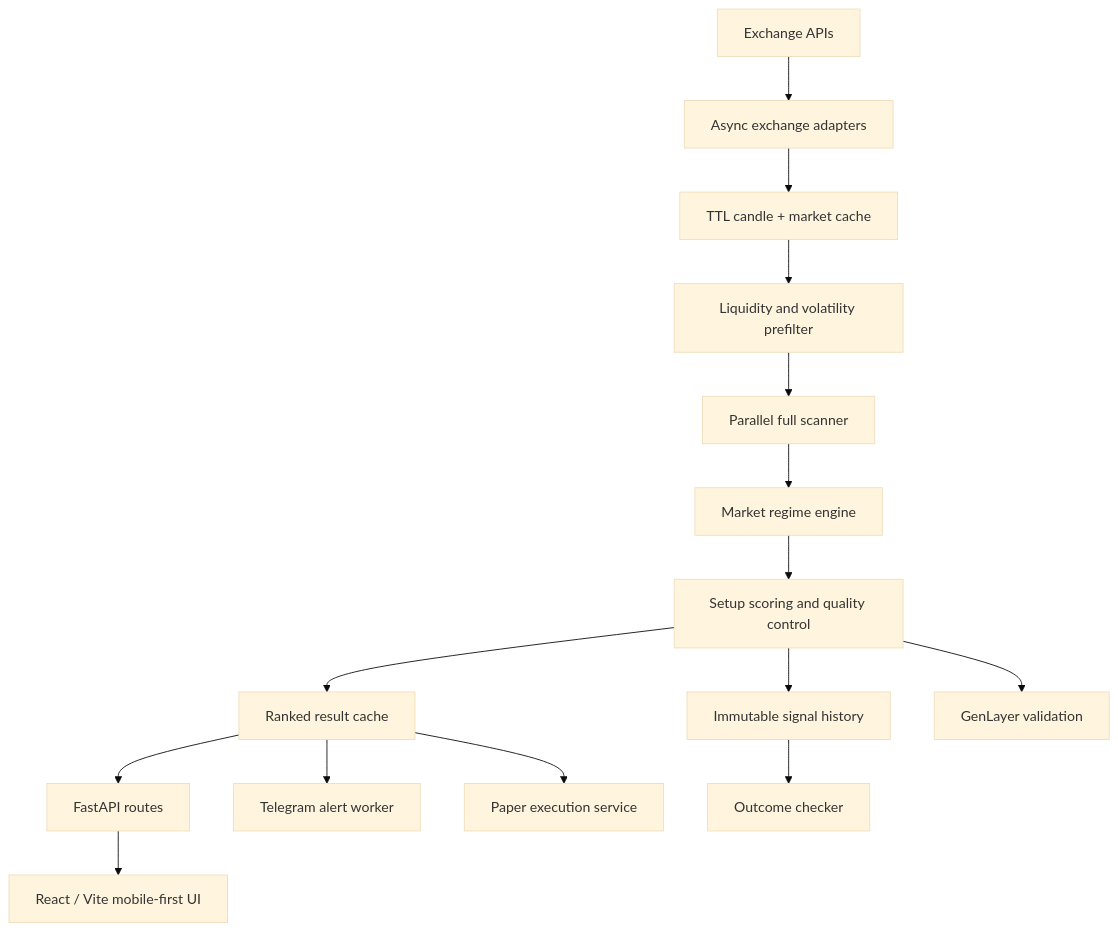
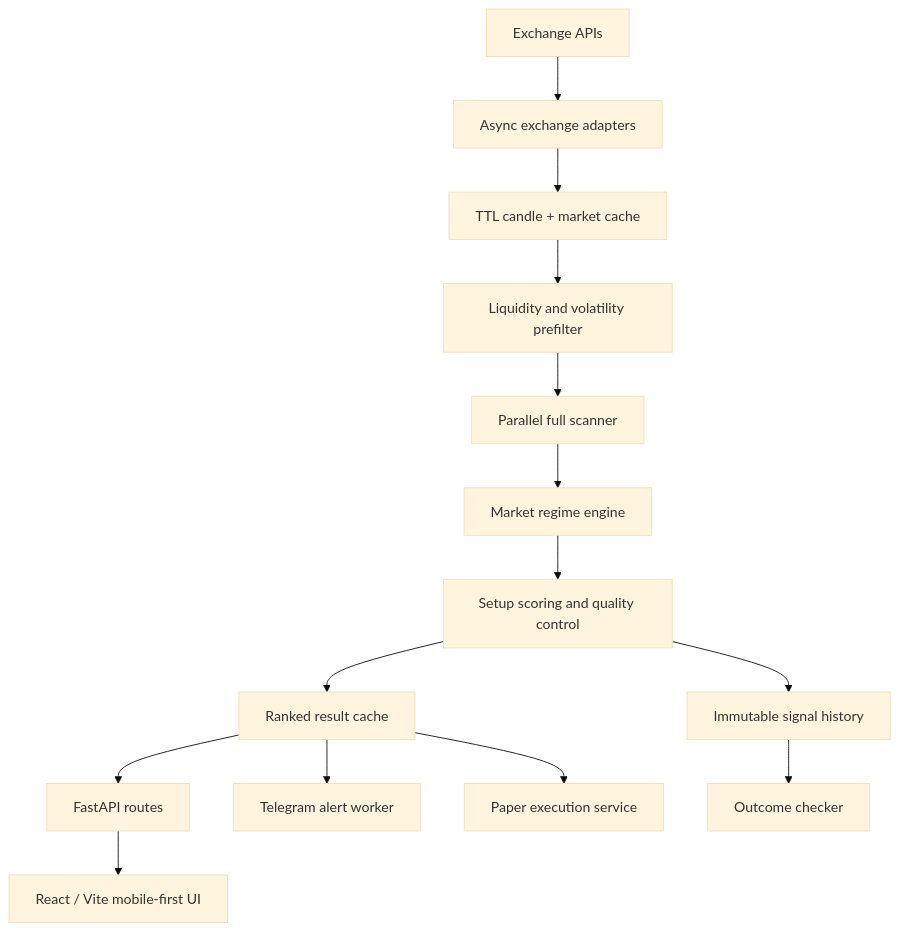
One commit to OffsetOWS/swiftchart changed the diagram in SUBMISSION.md. Above: the diagram before and after it, drawn with Mermaid (base theme). The commit also changed other lines of this file and 49 other files, not shown here.

````diff
--- a/SUBMISSION.md
+++ b/SUBMISSION.md
@@ -39,20 +38,19 @@
 ```mermaid
 flowchart TB
     EX["Exchange APIs"] --> AD["Async exchange adapters"]
     AD --> CA["TTL candle + market cache"]
     CA --> PF["Liquidity and volatility prefilter"]
     PF --> SE["Parallel full scanner"]
 
     SE --> RG["Market regime engine"]
     RG --> SC["Setup scoring and quality control"]
     SC --> RC["Ranked result cache"]
 
     RC --> API["FastAPI routes"]
     RC --> TG["Telegram alert worker"]
     RC --> EXE["Paper execution service"]
 
     API --> WEB["React / Vite mobile-first UI"]
     SC --> DB["Immutable signal history"]
     DB --> OC["Outcome checker"]
-    SC --> GL["GenLayer validation"]
 ```
````
